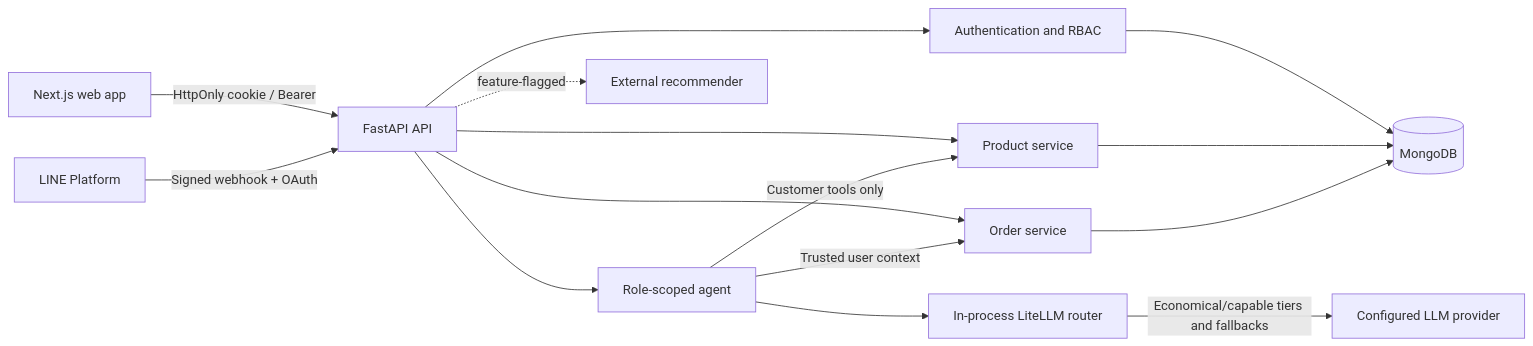
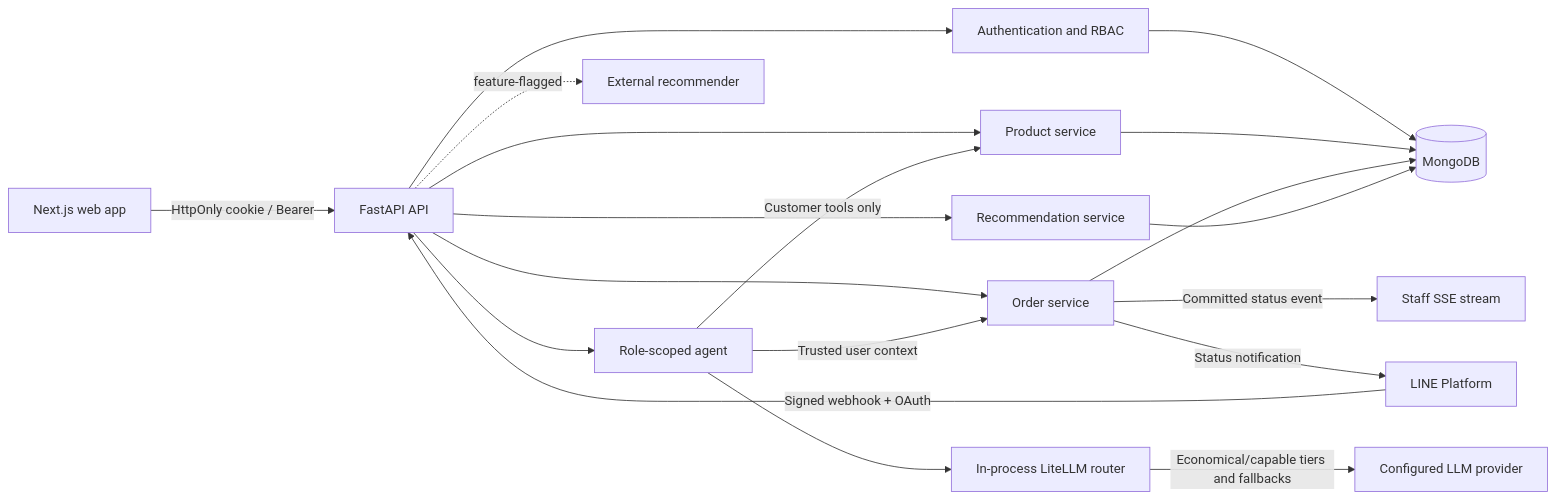
One commit to siripat01/Food-ordering-project-school changed the first of 2 diagrams in README.md. Above: the diagram before and after it, drawn with Mermaid. The commit also changed other lines of this file and 43 other files, not shown here.

````diff
--- a/README.md
+++ b/README.md
@@ -50,17 +53,21 @@
 ```mermaid
 flowchart LR
     Browser[Next.js web app] -->|HttpOnly cookie / Bearer| API[FastAPI API]
     LINE[LINE Platform] -->|Signed webhook + OAuth| API
     API --> Auth[Authentication and RBAC]
     API --> Products[Product service]
     API --> Orders[Order service]
     API --> Agent[Role-scoped agent]
     Agent -->|Customer tools only| Products
     Agent -->|Trusted user context| Orders
     Agent --> Gateway[In-process LiteLLM router]
     Gateway -->|Economical/capable tiers and fallbacks| LLM[Configured LLM provider]
     Auth --> Mongo[(MongoDB)]
     Products --> Mongo
     Orders --> Mongo
+    Orders -->|Committed status event| SSE[Staff SSE stream]
+    Orders -->|Status notification| LINE
+    API --> Recommendations[Recommendation service]
+    Recommendations --> Mongo
     API -. feature-flagged .-> Recommender[External recommender]
 ```
````
